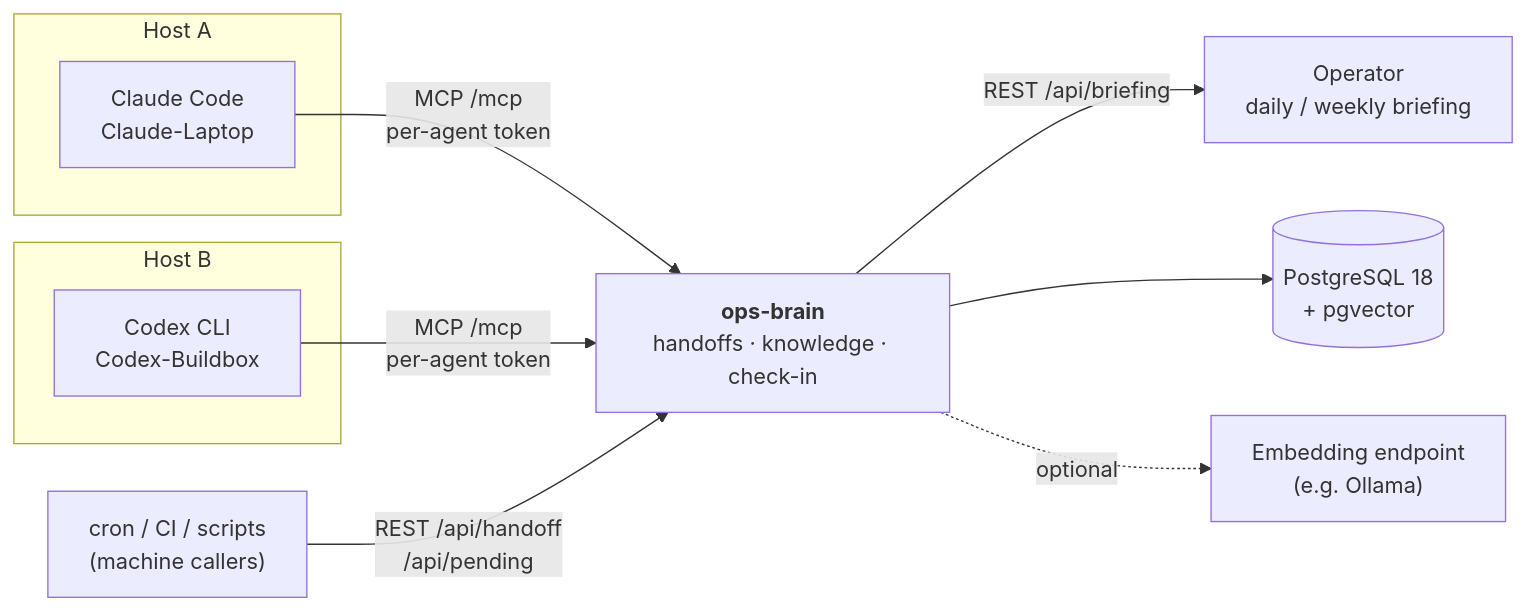
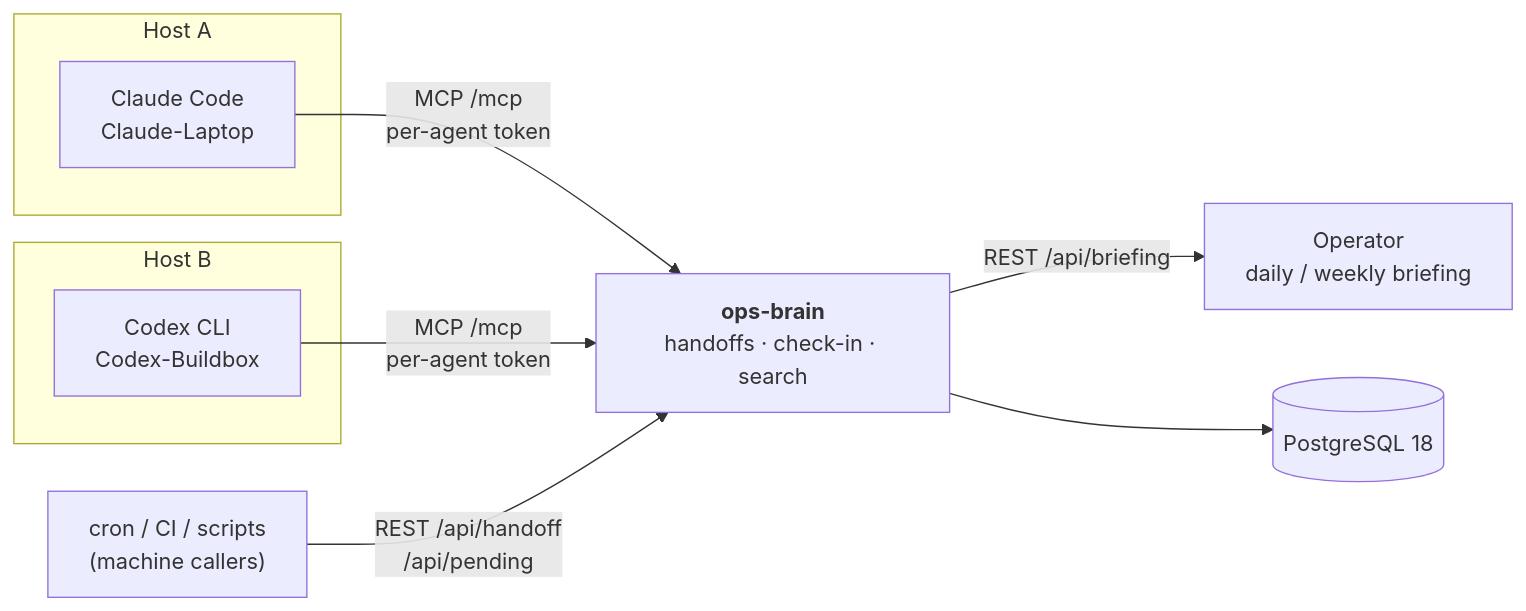
Before and after one commit to TheK3nsai/ops-brain: the diagram in README.md, drawn with Mermaid. The commit also changed other lines of this file and 54 other files, not shown here.

````diff
--- a/README.md
+++ b/README.md
@@ -12,19 +12,18 @@
 ```mermaid
 flowchart LR
     subgraph hostA["Host A"]
         CA["Claude Code<br/>Claude-Laptop"]
     end
     subgraph hostB["Host B"]
         CB["Codex CLI<br/>Codex-Buildbox"]
     end
     M["cron / CI / scripts<br/>(machine callers)"]
     O["Operator<br/>daily / weekly briefing"]
 
     CA -- "MCP /mcp<br/>per-agent token" --> OB
     CB -- "MCP /mcp<br/>per-agent token" --> OB
     M -- "REST /api/handoff<br/>/api/pending" --> OB
     OB -- "REST /api/briefing" --> O
 
-    OB["<b>ops-brain</b><br/>handoffs · knowledge · check-in"] --> PG[("PostgreSQL 18<br/>+ pgvector")]
-    OB -. "optional" .-> E["Embedding endpoint<br/>(e.g. Ollama)"]
+    OB["<b>ops-brain</b><br/>handoffs · check-in · search"] --> PG[("PostgreSQL 18")]
 ```
````
